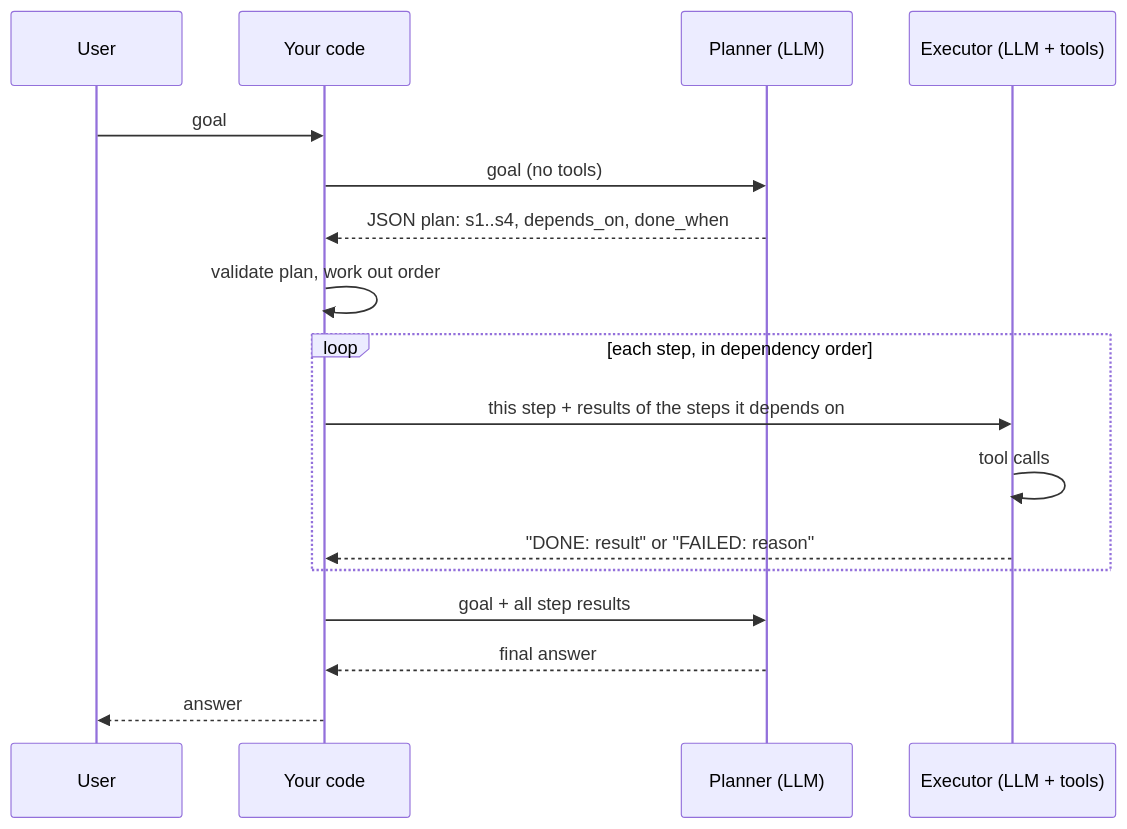
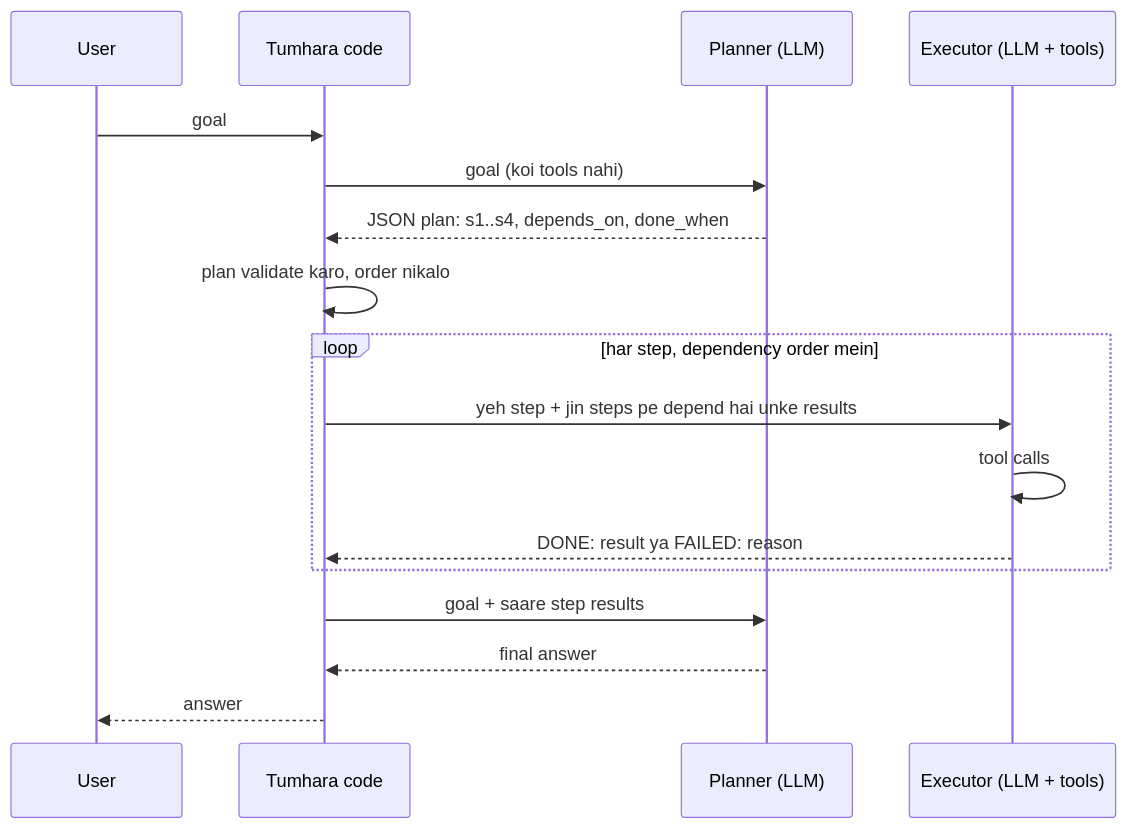
One commit to asmustechno/agentic-ai-notes changed the diagram in docs/07-planning-and-reasoning/07.2-plan-and-execute.md. Above: the diagram before and after it, drawn with Mermaid. The commit also changed other lines of this file and 135 other files, not shown here.

````diff
--- a/docs/07-planning-and-reasoning/07.2-plan-and-execute.md
+++ b/docs/07-planning-and-reasoning/07.2-plan-and-execute.md
@@ -41,19 +41,19 @@
 ```mermaid
 sequenceDiagram
     participant U as User
-    participant C as Your code
+    participant C as Tumhara code
     participant P as Planner (LLM)
     participant E as Executor (LLM + tools)
     U->>C: goal
-    C->>P: goal (no tools)
+    C->>P: goal (koi tools nahi)
     P-->>C: JSON plan: s1..s4, depends_on, done_when
-    C->>C: validate plan, work out order
-    loop each step, in dependency order
-        C->>E: this step + results of the steps it depends on
+    C->>C: plan validate karo, order nikalo
+    loop har step, dependency order mein
+        C->>E: yeh step + jin steps pe depend hai unke results
         E->>E: tool calls
-        E-->>C: "DONE: result" or "FAILED: reason"
+        E-->>C: DONE: result ya FAILED: reason
     end
-    C->>P: goal + all step results
+    C->>P: goal + saare step results
     P-->>C: final answer
     C-->>U: answer
 ```
````
